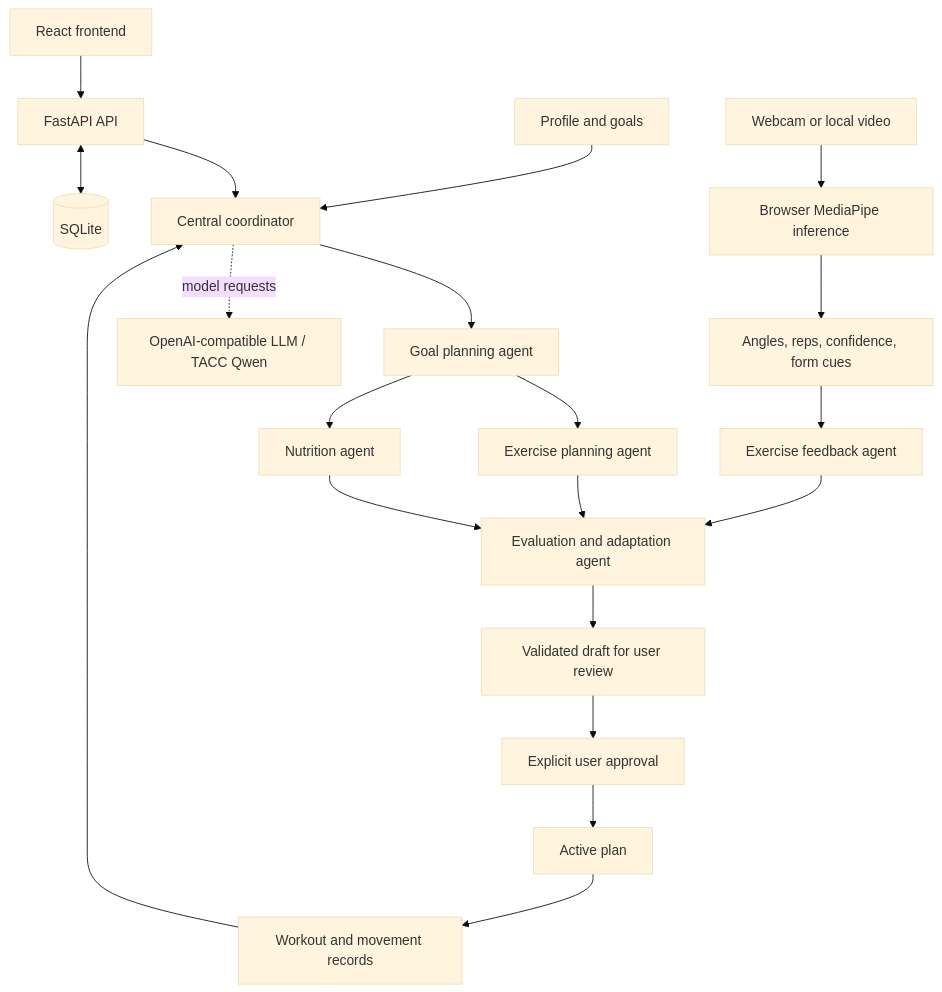
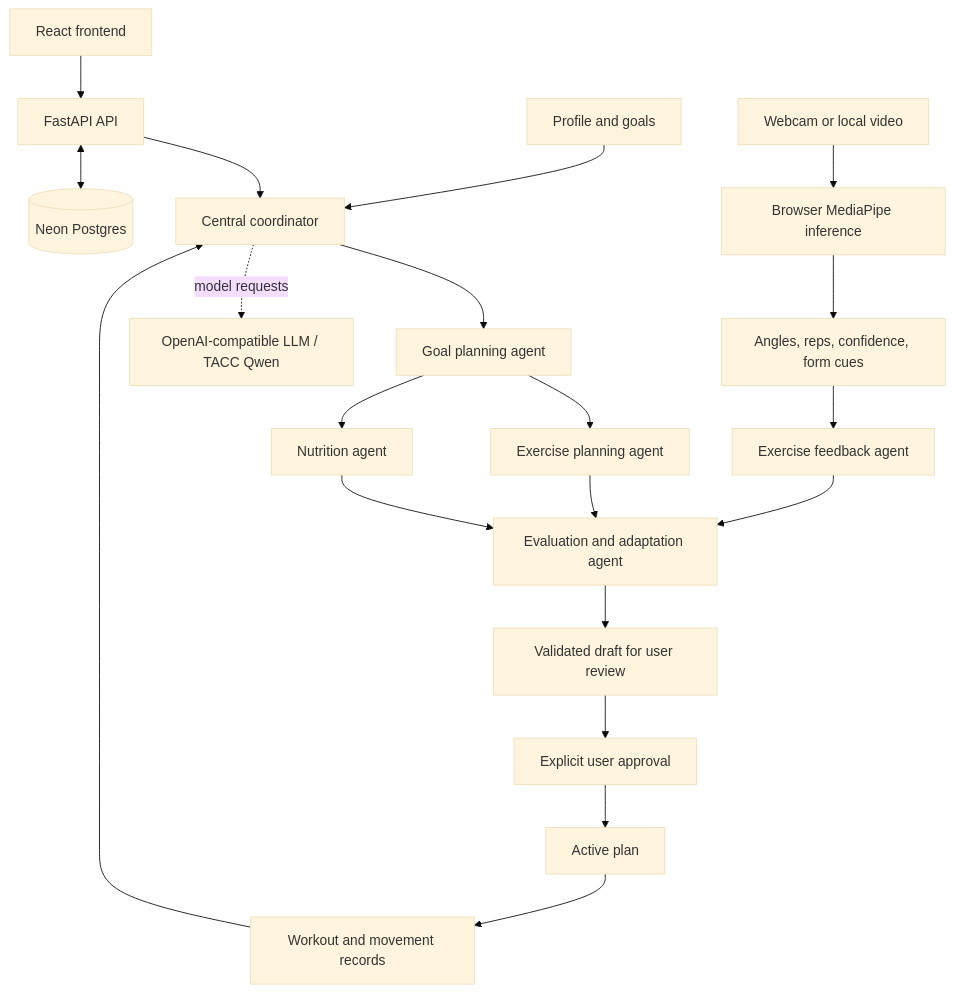
The diagram in docs/IMPLEMENTATION.md (h4r1yzz/csit6000v-project), drawn with Mermaid (base theme) before and after one commit. The commit also changed other lines of this file and 25 other files, not shown here.

First line of the commit message:
refactor: require Neon Postgres and drop SQLite

````diff
--- a/docs/IMPLEMENTATION.md
+++ b/docs/IMPLEMENTATION.md
@@ -7,22 +7,22 @@
 ```mermaid
 flowchart TD
     UI[React frontend] --> API[FastAPI API]
     Profile[Profile and goals] --> Coordinator[Central coordinator]
     API --> Coordinator
     Coordinator --> Goal[Goal planning agent]
     Goal --> Exercise[Exercise planning agent]
     Goal --> Nutrition[Nutrition agent]
     Exercise --> Evaluation[Evaluation and adaptation agent]
     Nutrition --> Evaluation
     Feedback[Exercise feedback agent] --> Evaluation
     Evaluation --> Draft[Validated draft for user review]
     Draft --> Approval[Explicit user approval]
     Approval --> Active[Active plan]
     Active --> Progress[Workout and movement records]
     Progress --> Coordinator
     Camera[Webcam or local video] --> MediaPipe[Browser MediaPipe inference]
     MediaPipe --> Metrics[Angles, reps, confidence, form cues]
     Metrics --> Feedback
-    API <--> DB[(SQLite)]
+    API <--> DB[(Neon Postgres)]
     Coordinator -. model requests .-> LLM[OpenAI-compatible LLM / TACC Qwen]
 ```
````
